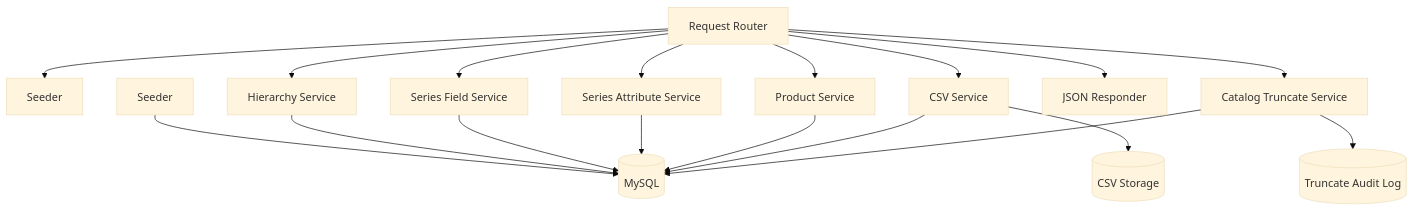
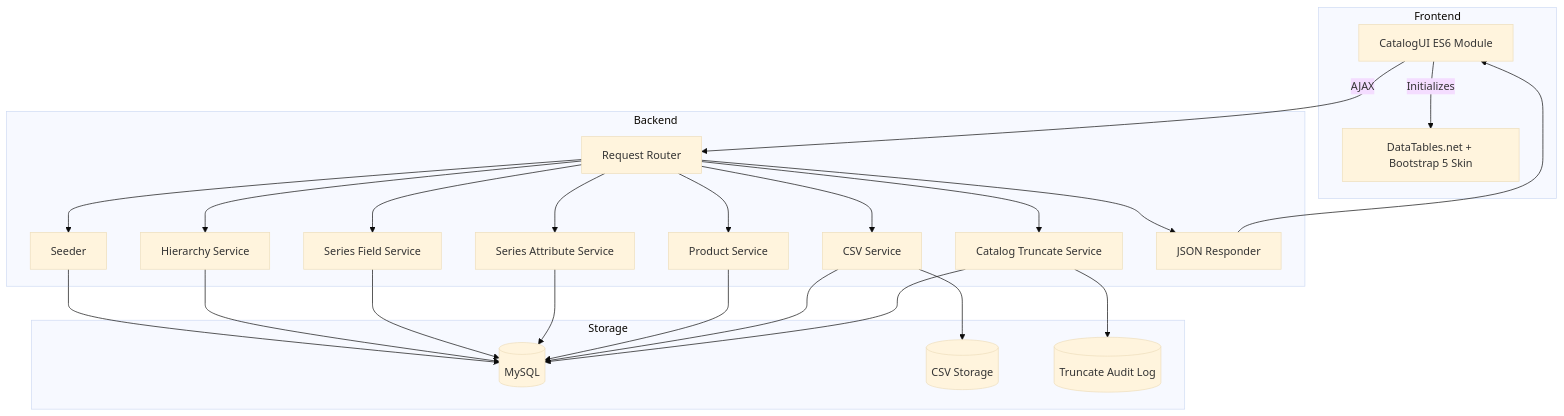
One commit to sinjie2008/Foundational-Electronics-Core-Systems changed the third of 9 diagrams in docs/spec.md. Above: the diagram before and after it, drawn with Mermaid (base theme). The commit also changed other lines of this file and 5 other files, not shown here.

Commit message:
Product Catalog Manager - Stable v 0.0.1 - Bootstrap 5 release - Bootstrap 5 datatables release

````diff
--- a/docs/spec.md
+++ b/docs/spec.md
@@ -294,20 +342,43 @@
 ```mermaid
 graph TD
-    Controller[Request Router] --> SeedModule[Seeder]
-    Controller --> HierarchyModule[Hierarchy Service]
-    Controller --> SeriesFieldModule[Series Field Service]
-    Controller --> SeriesAttributeModule[Series Attribute Service]
-    Controller --> ProductModule[Product Service]
-    Controller --> CsvModule[CSV Service]
-    Controller --> TruncateModule[Catalog Truncate Service]
-    Controller --> JsonResponder[JSON Responder]
-    Seeder --> MySQLDB[(MySQL)]
+    subgraph Frontend
+        CatalogUI[CatalogUI ES6 Module]
+        DataTablesPlugin[DataTables.net + Bootstrap 5 Skin]
+    end
+    subgraph Backend
+        Controller[Request Router]
+        SeedModule[Seeder]
+        HierarchyModule[Hierarchy Service]
+        SeriesFieldModule[Series Field Service]
+        SeriesAttributeModule[Series Attribute Service]
+        ProductModule[Product Service]
+        CsvModule[CSV Service]
+        TruncateModule[Catalog Truncate Service]
+        JsonResponder[JSON Responder]
+    end
+    subgraph Storage
+        MySQLDB[(MySQL)]
+        CsvStore[(CSV Storage)]
+        AuditLog[(Truncate Audit Log)]
+    end
+    CatalogUI -->|Initializes| DataTablesPlugin
+    CatalogUI -->|AJAX| Controller
+    Controller --> SeedModule
+    Controller --> HierarchyModule
+    Controller --> SeriesFieldModule
+    Controller --> SeriesAttributeModule
+    Controller --> ProductModule
+    Controller --> CsvModule
+    Controller --> TruncateModule
+    Controller --> JsonResponder
+    JsonResponder --> CatalogUI
+    SeedModule --> MySQLDB
     HierarchyModule --> MySQLDB
     SeriesFieldModule --> MySQLDB
     SeriesAttributeModule --> MySQLDB
     ProductModule --> MySQLDB
     CsvModule --> MySQLDB
-    CsvModule --> CsvStore[(CSV Storage)]
+    CsvModule --> CsvStore
     TruncateModule --> MySQLDB
-    TruncateModule --> AuditLog[(Truncate Audit Log)]
+    TruncateModule --> AuditLog
 ```
````
